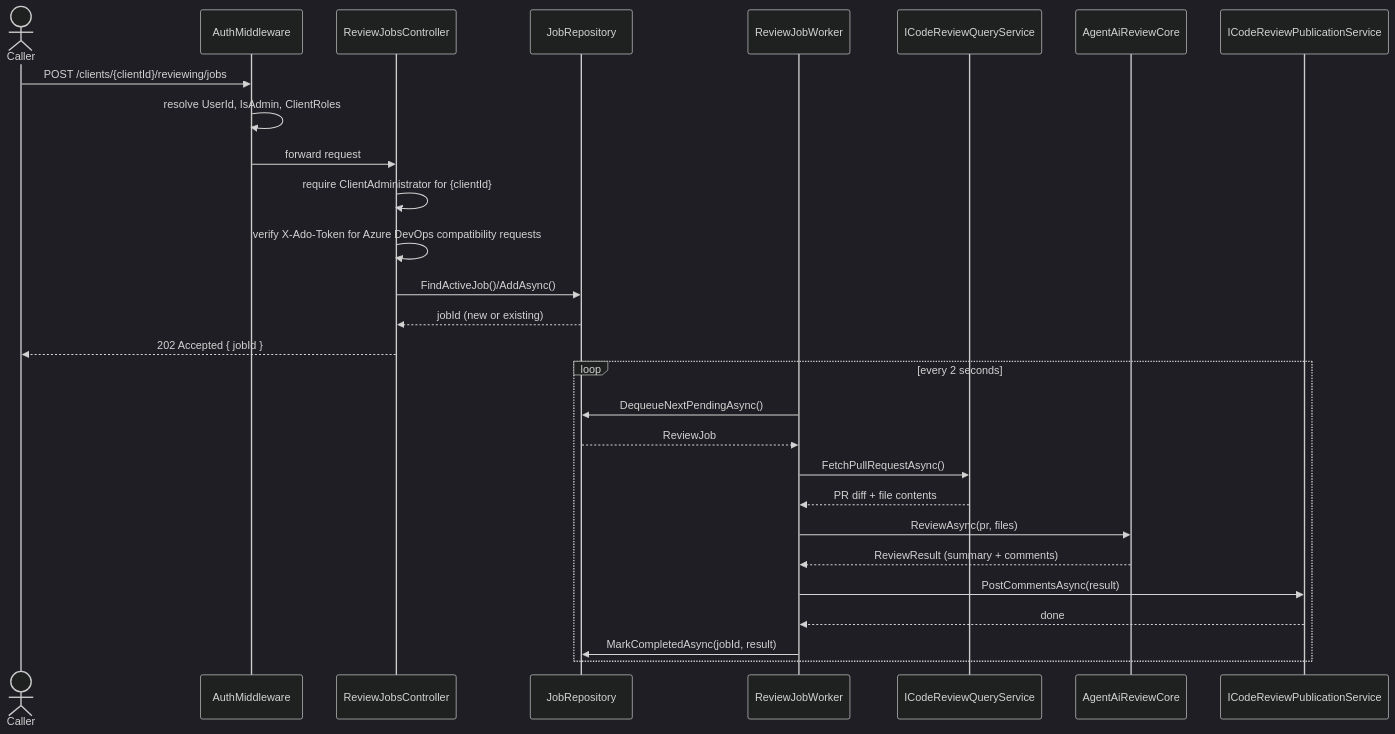
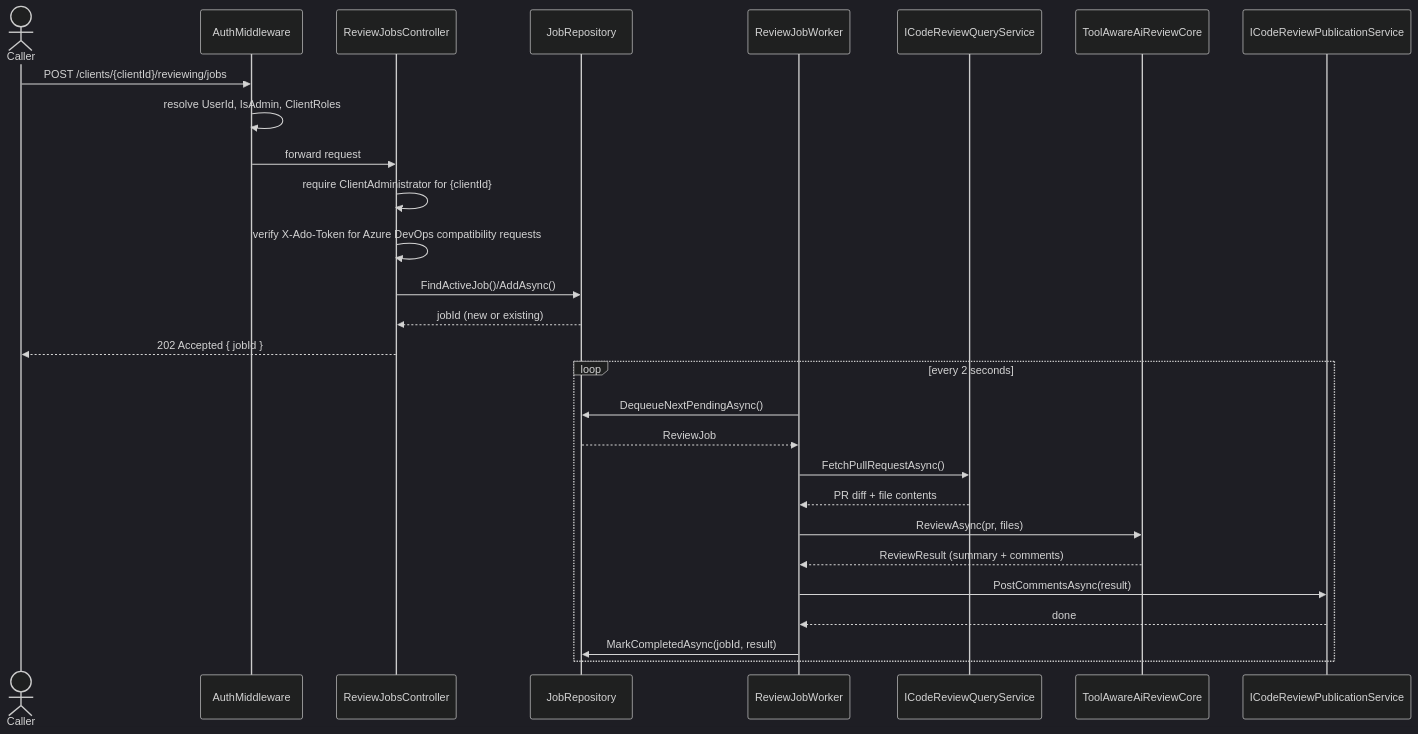
The first of 4 diagrams in docs/architecture/reviewing-workflows.md (meister-dev-ai/propr), drawn with Mermaid (dark theme) before and after one commit. The commit also changed other lines of this file and 436 other files, not shown here.

````diff
--- a/docs/architecture/reviewing-workflows.md
+++ b/docs/architecture/reviewing-workflows.md
@@ -8,32 +9,32 @@
 ```mermaid
 sequenceDiagram
     actor Caller
     participant MW as AuthMiddleware
     participant RC as ReviewJobsController
     participant JR as JobRepository
     participant WK as ReviewJobWorker
     participant PF as ICodeReviewQueryService
-    participant AI as AgentAiReviewCore
+    participant AI as ToolAwareAiReviewCore
     participant CP as ICodeReviewPublicationService
 
     Caller->>MW: POST /clients/{clientId}/reviewing/jobs
     MW->>MW: resolve UserId, IsAdmin, ClientRoles
     MW->>RC: forward request
     RC->>RC: require ClientAdministrator for {clientId}
     RC->>RC: verify X-Ado-Token for Azure DevOps compatibility requests
     RC->>JR: FindActiveJob()/AddAsync()
     JR-->>RC: jobId (new or existing)
     RC-->>Caller: 202 Accepted { jobId }
 
     loop every 2 seconds
         WK->>JR: DequeueNextPendingAsync()
         JR-->>WK: ReviewJob
         WK->>PF: FetchPullRequestAsync()
         PF-->>WK: PR diff + file contents
         WK->>AI: ReviewAsync(pr, files)
         AI-->>WK: ReviewResult (summary + comments)
         WK->>CP: PostCommentsAsync(result)
         CP-->>WK: done
         WK->>JR: MarkCompletedAsync(jobId, result)
     end
 ```
````
